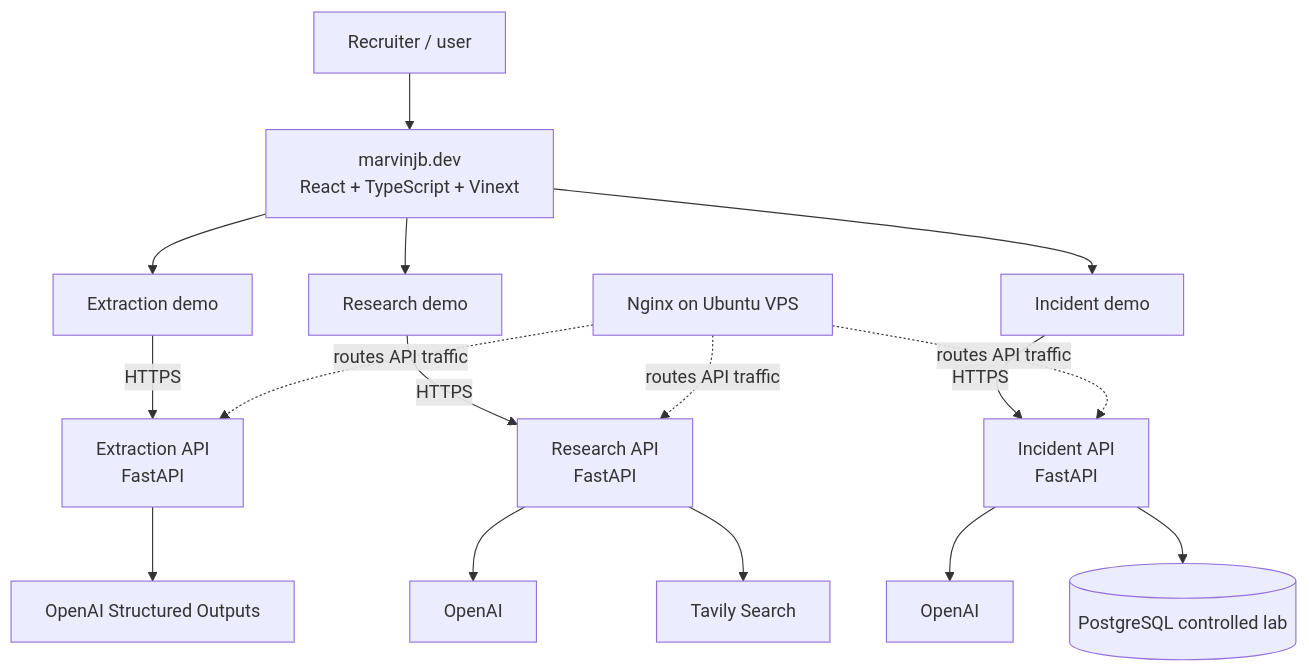
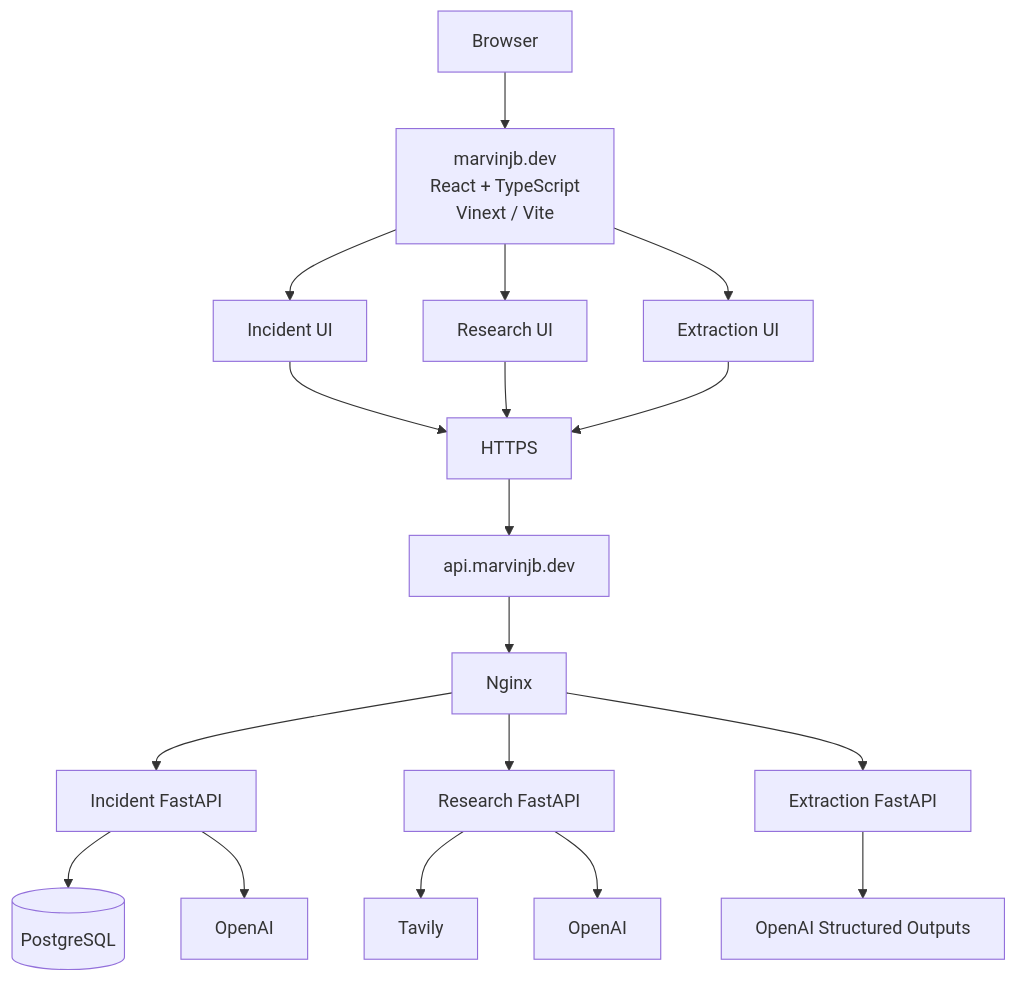
Before and after one commit to marvinjbb/marvinjb.dev: the diagram in README.md, drawn with Mermaid. The commit also changed other lines of this file and 5 other files, not shown here.

````diff
--- a/README.md
+++ b/README.md
@@ -38,21 +40,20 @@
 ```mermaid
 flowchart TB
-    U[Recruiter / user] --> F[marvinjb.dev<br/>React + TypeScript + Vinext]
-    F --> X[Extraction demo]
-    F --> R[Research demo]
-    F --> I[Incident demo]
-
-    X -->|HTTPS| XA[Extraction API<br/>FastAPI]
-    R -->|HTTPS| RA[Research API<br/>FastAPI]
-    I -->|HTTPS| IA[Incident API<br/>FastAPI]
-
-    XA --> O1[OpenAI Structured Outputs]
-    RA --> O2[OpenAI]
-    RA --> T[Tavily Search]
-    IA --> O3[OpenAI]
-    IA --> P[(PostgreSQL controlled lab)]
-
-    N[Nginx on Ubuntu VPS] -. routes API traffic .-> XA
-    N -. routes API traffic .-> RA
-    N -. routes API traffic .-> IA
+    B[Browser] --> F[marvinjb.dev<br/>React + TypeScript<br/>Vinext / Vite]
+    F --> IUI[Incident UI]
+    F --> RUI[Research UI]
+    F --> EUI[Extraction UI]
+    IUI --> H[HTTPS]
+    RUI --> H
+    EUI --> H
+    H --> A[api.marvinjb.dev]
+    A --> N[Nginx]
+    N --> IA[Incident FastAPI]
+    N --> RA[Research FastAPI]
+    N --> EA[Extraction FastAPI]
+    IA --> IP[(PostgreSQL)]
+    IA --> IO[OpenAI]
+    RA --> RT[Tavily]
+    RA --> RO[OpenAI]
+    EA --> EO[OpenAI Structured Outputs]
 ```
````
